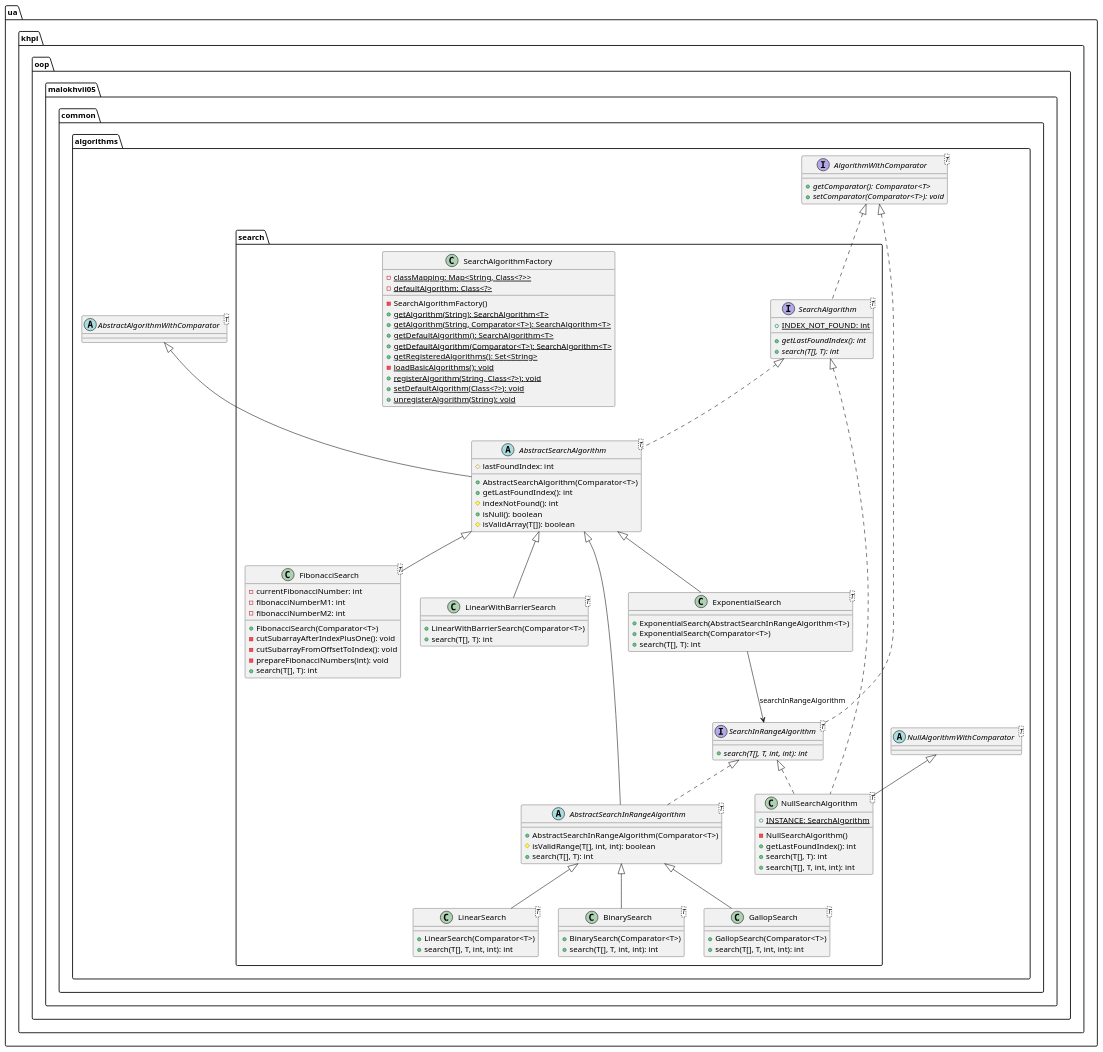
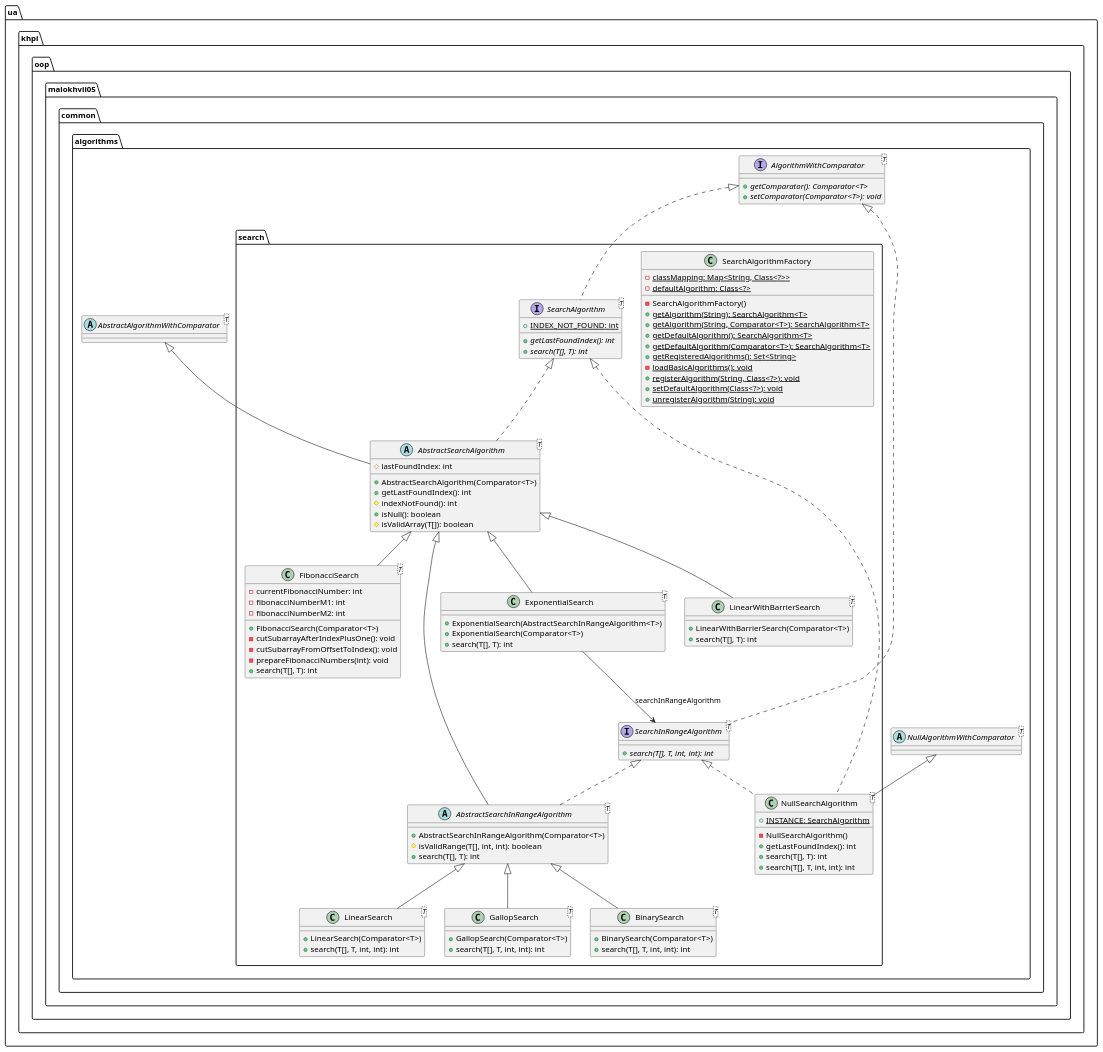
Before and after one commit to P-Kalin/kit26a: the diagram in malokhvii-eduard/malokhvii05/doc/plantuml/ua/khpi/oop/malokhvii05/common/algorithms/search/package.puml, drawn with PlantUML. The commit also changed other lines of this file and 135 other files, not shown here.

Commit message:
#3, #15 malokhvii05: update graphs

```diff
--- a/malokhvii-eduard/malokhvii05/doc/plantuml/ua/khpi/oop/malokhvii05/common/algorithms/search/package.puml
+++ b/malokhvii-eduard/malokhvii05/doc/plantuml/ua/khpi/oop/malokhvii05/common/algorithms/search/package.puml
@@ -1,130 +1,130 @@
 @startuml
 
     namespace ua.khpi.oop.malokhvii05.common.algorithms.search {
 
-        class LinearSearch<T> {
-            +LinearSearch(Comparator<T>)
-            +search(T[], T, int, int): int
+        interface SearchInRangeAlgorithm<T> {
+            {abstract} +search(T[], T, int, int): int
+        }
+
+        class SearchAlgorithmFactory {
+            {static} -classMapping: Map<String, Class<?>>
+            {static} -defaultAlgorithm: Class<?>
+            -SearchAlgorithmFactory()
+            {static} +getAlgorithm(String): SearchAlgorithm<T>
+            {static} +getAlgorithm(String, Comparator<T>): SearchAlgorithm<T>
+            {static} +getDefaultAlgorithm(): SearchAlgorithm<T>
+            {static} +getDefaultAlgorithm(Comparator<T>): SearchAlgorithm<T>
+            {static} +getRegisteredAlgorithms(): Set<String>
+            {static} -loadBasicAlgorithms(): void
+            {static} +registerAlgorithm(String, Class<?>): void
+            {static} +setDefaultAlgorithm(Class<?>): void
+            {static} +unregisterAlgorithm(String): void
+        }
+
+        interface SearchAlgorithm<T> {
+            {static} +INDEX_NOT_FOUND: int
+            {abstract} +getLastFoundIndex(): int
+            {abstract} +search(T[], T): int
         }
 
         class NullSearchAlgorithm<T> {
             {static} +INSTANCE: SearchAlgorithm
             -NullSearchAlgorithm()
             +getLastFoundIndex(): int
             +search(T[], T): int
             +search(T[], T, int, int): int
         }
 
-        interface SearchInRangeAlgorithm<T> {
-            {abstract} +search(T[], T, int, int): int
-        }
-
         class LinearWithBarrierSearch<T> {
             +LinearWithBarrierSearch(Comparator<T>)
             +search(T[], T): int
         }
 
-        interface SearchAlgorithm<T> {
-            {static} +INDEX_NOT_FOUND: int
-            {abstract} +getLastFoundIndex(): int
-            {abstract} +search(T[], T): int
+        class LinearSearch<T> {
+            +LinearSearch(Comparator<T>)
+            +search(T[], T, int, int): int
+        }
+
+        class GallopSearch<T> {
+            +GallopSearch(Comparator<T>)
+            +search(T[], T, int, int): int
+        }
+
+        class FibonacciSearch<T> {
+            -currentFibonacciNumber: int
+            -fibonacciNumberM1: int
+            -fibonacciNumberM2: int
+            +FibonacciSearch(Comparator<T>)
+            -cutSubarrayAfterIndexPlusOne(): void
+            -cutSubarrayFromOffsetToIndex(): void
+            -prepareFibonacciNumbers(int): void
+            +search(T[], T): int
+        }
+
+        class ExponentialSearch<T> {
+            +ExponentialSearch(AbstractSearchInRangeAlgorithm<T>)
+            +ExponentialSearch(Comparator<T>)
+            +search(T[], T): int
+        }
+
+        class BinarySearch<T> {
+            +BinarySearch(Comparator<T>)
+            +search(T[], T, int, int): int
         }
 
         abstract class AbstractSearchInRangeAlgorithm<T> {
             +AbstractSearchInRangeAlgorithm(Comparator<T>)
             #isValidRange(T[], int, int): boolean
             +search(T[], T): int
         }
 
         abstract class AbstractSearchAlgorithm<T> {
             #lastFoundIndex: int
             +AbstractSearchAlgorithm(Comparator<T>)
             +getLastFoundIndex(): int
             #indexNotFound(): int
             +isNull(): boolean
             #isValidArray(T[]): boolean
         }
 
-        class SearchAlgorithmFactory {
-            {static} -classMapping: Map<String, Class<?>>
-            {static} -defaultAlgorithm: Class<?>
-            -SearchAlgorithmFactory()
-            {static} +getAlgorithm(String): SearchAlgorithm<T>
-            {static} +getAlgorithm(String, Comparator<T>): SearchAlgorithm<T>
-            {static} +getDefaultAlgorithm(): SearchAlgorithm<T>
-            {static} +getDefaultAlgorithm(Comparator<T>): SearchAlgorithm<T>
-            {static} +getRegisteredAlgorithms(): Set<String>
-            {static} -loadBasicAlgorithms(): void
-            {static} +registerAlgorithm(String, Class<?>): void
-            {static} +setDefaultAlgorithm(Class<?>): void
-            {static} +unregisterAlgorithm(String): void
+        interface ua.khpi.oop.malokhvii05.common.algorithms.AlgorithmWithComparator<T> {
+            {abstract} +getComparator(): Comparator<T>
+            {abstract} +setComparator(Comparator<T>): void
         }
+        ua.khpi.oop.malokhvii05.common.algorithms.AlgorithmWithComparator <|.. SearchInRangeAlgorithm
 
-        class BinarySearch<T> {
-            +BinarySearch(Comparator<T>)
-            +search(T[], T, int, int): int
-        }
-
-        class GallopSearch<T> {
-            +GallopSearch(Comparator<T>)
-            +search(T[], T, int, int): int
-        }
-
-        class ExponentialSearch<T> {
-            +ExponentialSearch(AbstractSearchInRangeAlgorithm<T>)
-            +ExponentialSearch(Comparator<T>)
-            +search(T[], T): int
-        }
-
-        class FibonacciSearch<T> {
-            -currentFibonacciNumber: int
-            -fibonacciNumberM1: int
-            -fibonacciNumberM2: int
-            +FibonacciSearch(Comparator<T>)
-            -cutSubarrayAfterIndexPlusOne(): void
-            -cutSubarrayFromOffsetToIndex(): void
-            -prepareFibonacciNumbers(int): void
-            +search(T[], T): int
-        }
-
-        AbstractSearchInRangeAlgorithm <|-- LinearSearch
+        ua.khpi.oop.malokhvii05.common.algorithms.AlgorithmWithComparator <|.. SearchAlgorithm
 
         abstract class ua.khpi.oop.malokhvii05.common.algorithms.NullAlgorithmWithComparator<T>
         ua.khpi.oop.malokhvii05.common.algorithms.NullAlgorithmWithComparator <|-- NullSearchAlgorithm
 
         SearchAlgorithm <|.. NullSearchAlgorithm
 
         SearchInRangeAlgorithm <|.. NullSearchAlgorithm
 
-        interface ua.khpi.oop.malokhvii05.common.algorithms.AlgorithmWithComparator<T> {
-            {abstract} +getComparator(): Comparator<T>
-            {abstract} +setComparator(Comparator<T>): void
-        }
-        ua.khpi.oop.malokhvii05.common.algorithms.AlgorithmWithComparator <|.. SearchInRangeAlgorithm
-
         AbstractSearchAlgorithm <|-- LinearWithBarrierSearch
 
-        ua.khpi.oop.malokhvii05.common.algorithms.AlgorithmWithComparator <|.. SearchAlgorithm
+        AbstractSearchInRangeAlgorithm <|-- LinearSearch
+
+        AbstractSearchInRangeAlgorithm <|-- GallopSearch
+
+        AbstractSearchAlgorithm <|-- FibonacciSearch
+
+        AbstractSearchAlgorithm <|-- ExponentialSearch
+
+        AbstractSearchInRangeAlgorithm <|-- BinarySearch
 
         AbstractSearchAlgorithm <|-- AbstractSearchInRangeAlgorithm
 
         SearchInRangeAlgorithm <|.. AbstractSearchInRangeAlgorithm
 
         abstract class ua.khpi.oop.malokhvii05.common.algorithms.AbstractAlgorithmWithComparator<T>
         ua.khpi.oop.malokhvii05.common.algorithms.AbstractAlgorithmWithComparator <|-- AbstractSearchAlgorithm
 
         SearchAlgorithm <|.. AbstractSearchAlgorithm
 
-        AbstractSearchInRangeAlgorithm <|-- BinarySearch
-
-        AbstractSearchInRangeAlgorithm <|-- GallopSearch
-
-        AbstractSearchAlgorithm <|-- ExponentialSearch
-
-        AbstractSearchAlgorithm <|-- FibonacciSearch
-
         ExponentialSearch --> SearchInRangeAlgorithm: searchInRangeAlgorithm
 
     }
 
 @enduml
```
